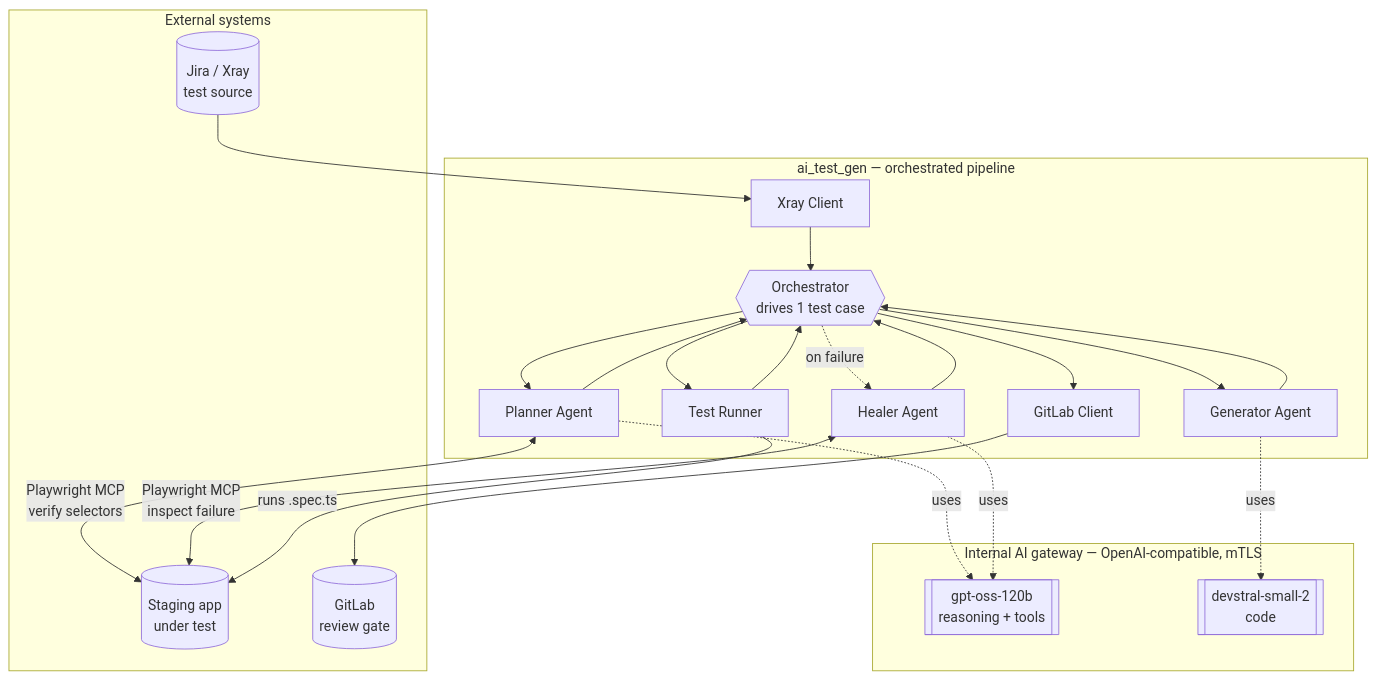
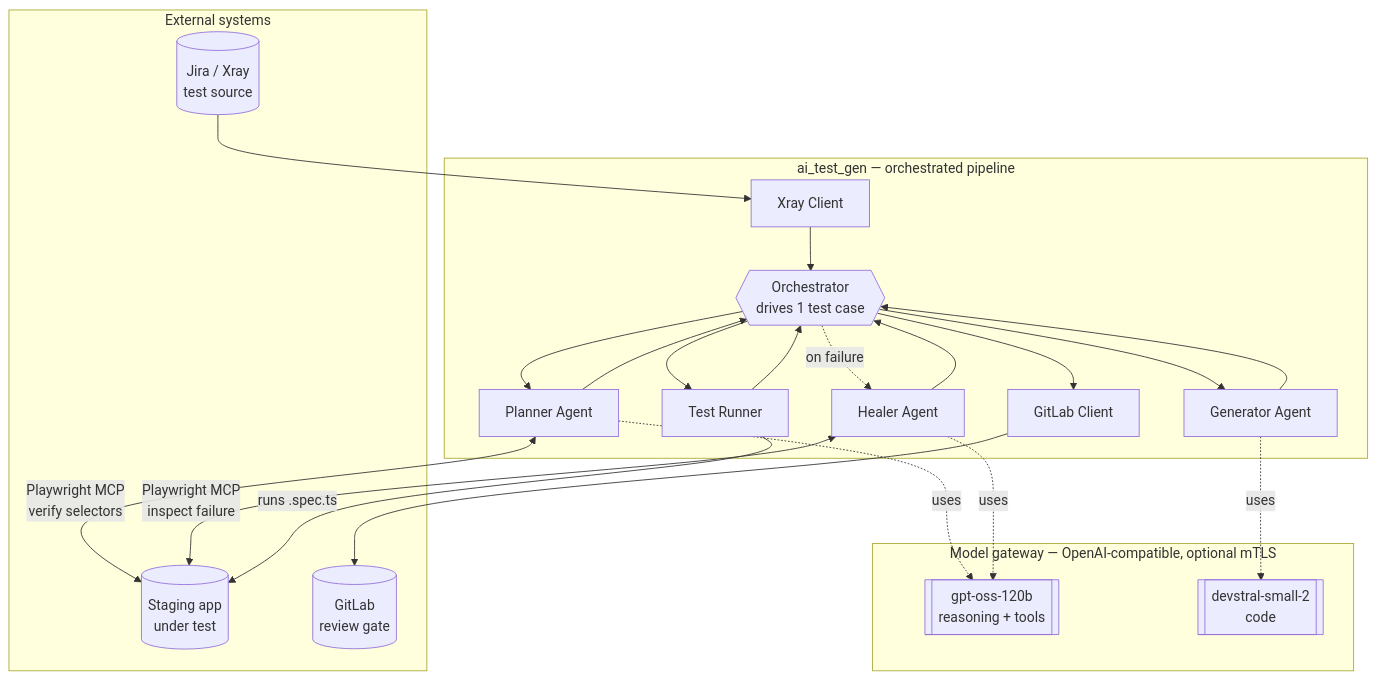
One commit to jpucic00/agentic-test-automation changed the first of 2 diagrams in docs/ARCHITECTURE.md. Above: the diagram before and after it, drawn with Mermaid. The commit also changed other lines of this file and 5 other files, not shown here.

````diff
--- a/docs/ARCHITECTURE.md
+++ b/docs/ARCHITECTURE.md
@@ -20,39 +20,39 @@
 ```mermaid
 flowchart TB
     subgraph ext[" External systems "]
         XRAY[("Jira / Xray<br/>test source")]
         STG[("Staging app<br/>under test")]
         GLAB[("GitLab<br/>review gate")]
     end
 
-    subgraph gw[" Internal AI gateway — OpenAI-compatible, mTLS "]
+    subgraph gw[" Model gateway — OpenAI-compatible, optional mTLS "]
         REASON[["gpt-oss-120b<br/>reasoning + tools"]]
         CODER[["devstral-small-2<br/>code"]]
     end
 
     subgraph app[" ai_test_gen — orchestrated pipeline "]
         ORCH{{Orchestrator<br/>drives 1 test case}}
         XC[Xray Client]
         PL[Planner Agent]
         GE[Generator Agent]
         RUN[Test Runner]
         HE[Healer Agent]
         GL[GitLab Client]
     end
 
     XRAY --> XC --> ORCH
     ORCH --> PL --> ORCH
     ORCH --> GE --> ORCH
     ORCH --> RUN --> ORCH
     ORCH -. on failure .-> HE
     HE --> ORCH
     ORCH --> GL --> GLAB
 
     PL <-->|Playwright MCP<br/>verify selectors| STG
     HE <-->|Playwright MCP<br/>inspect failure| STG
     RUN -->|runs .spec.ts| STG
 
     PL -. uses .-> REASON
     HE -. uses .-> REASON
     GE -. uses .-> CODER
 ```
````
